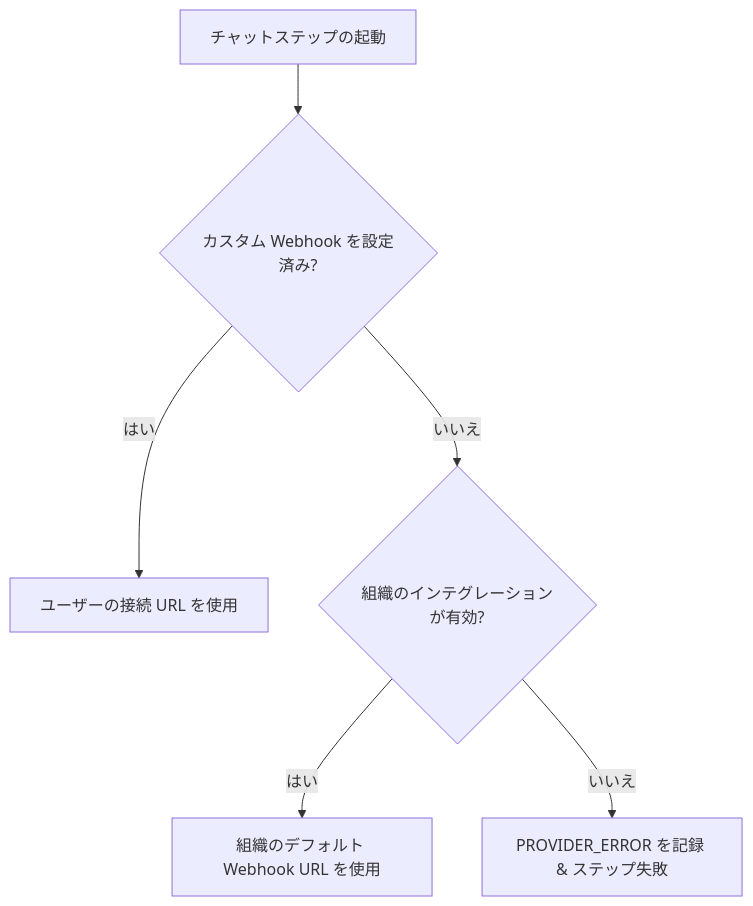
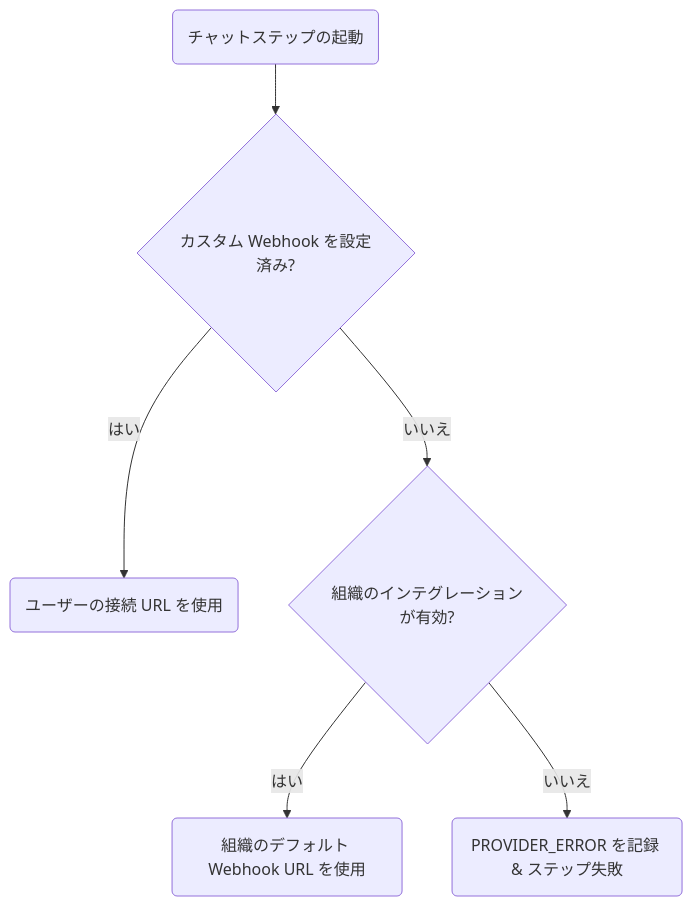
The diagram in content/docs/ja/platform/integrations/messaging-channels.mdx (KriyanshKhunt/nexus_docs), drawn with Mermaid before and after one commit. The commit also changed 20 other files, not shown here.

Commit message:
Handle ja Mermaid charts

````diff
--- a/content/docs/ja/platform/integrations/messaging-channels.mdx
+++ b/content/docs/ja/platform/integrations/messaging-channels.mdx
@@ -17,8 +17,8 @@
 ```mermaid
 flowchart TD
-  Trigger[チャットステップの起動] --> Sub{カスタム Webhook を設定済み?}
-  Sub -->|はい| Custom[ユーザーの接続 URL を使用]
+  Trigger(チャットステップの起動) --> Sub{カスタム Webhook を設定済み?}
+  Sub -->|はい| Custom(ユーザーの接続 URL を使用)
   Sub -->|いいえ| Fallback{組織のインテグレーションが有効?}
-  Fallback -->|はい| Default[組織のデフォルト Webhook URL を使用]
-  Fallback -->|いいえ| Fail[PROVIDER_ERROR を記録 & ステップ失敗]
+  Fallback -->|はい| Default(組織のデフォルト Webhook URL を使用)
+  Fallback -->|いいえ| Fail(PROVIDER_ERROR を記録 & ステップ失敗)
 ```
````
